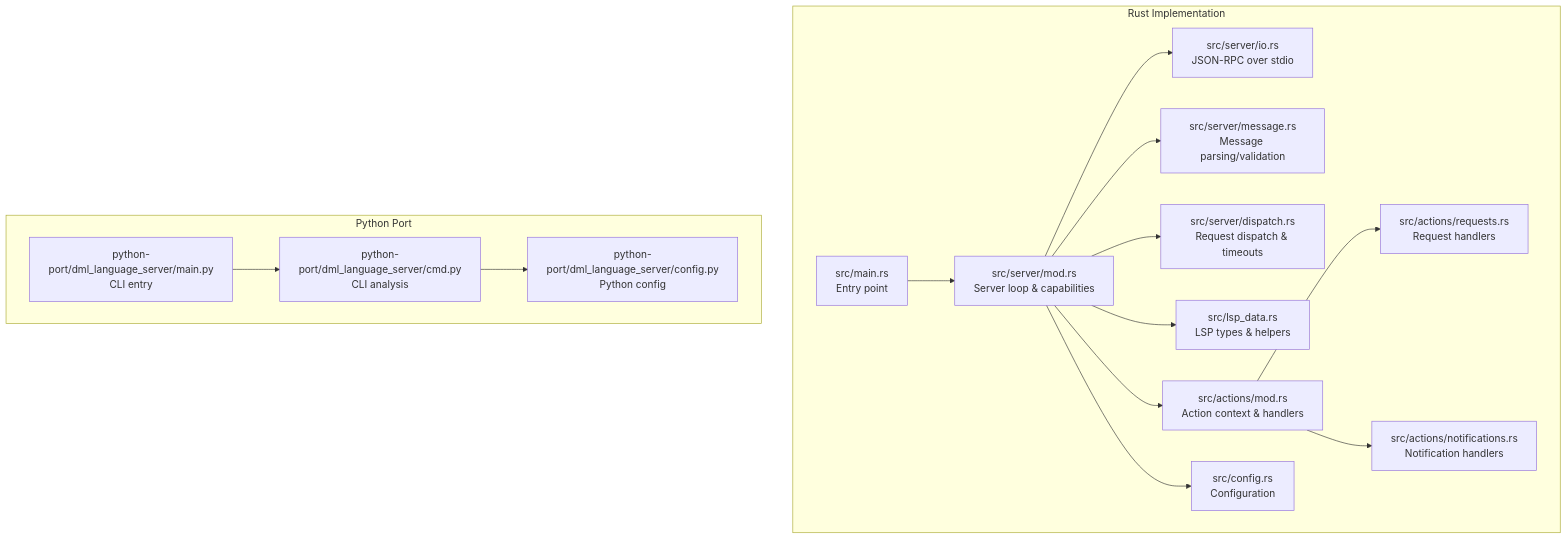
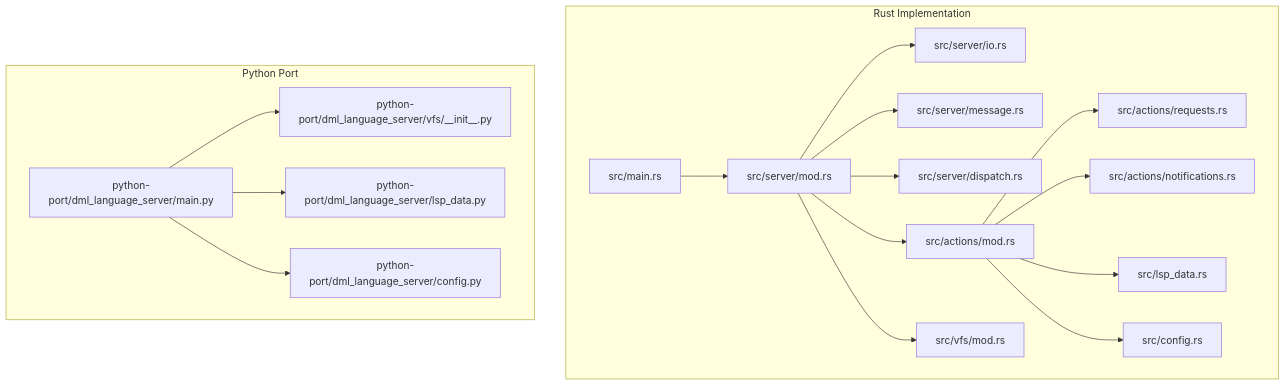
One commit to fenghaitao/dml-language-server changed the first of 9 diagrams in .qoder/repowiki/en/content/Language Server Protocol Implementation/Language Server Protocol Implementation.md. Above: the diagram before and after it, drawn with Mermaid. The commit also changed other lines of this file and 119 other files, not shown here.

First line of the commit message:
docs(api): add comprehensive API reference for DML Language Server

````diff
--- a/.qoder/repowiki/en/content/Language Server Protocol Implementation/Language Server Protocol Implementation.md
+++ b/.qoder/repowiki/en/content/Language Server Protocol Implementation/Language Server Protocol Implementation.md
@@ -42,31 +39,35 @@
 ```mermaid
 graph TB
 subgraph "Rust Implementation"
-A["src/main.rs<br/>Entry point"]
-B["src/server/mod.rs<br/>Server loop & capabilities"]
-C["src/server/io.rs<br/>JSON-RPC over stdio"]
-D["src/server/message.rs<br/>Message parsing/validation"]
-E["src/server/dispatch.rs<br/>Request dispatch & timeouts"]
-F["src/lsp_data.rs<br/>LSP types & helpers"]
-G["src/actions/mod.rs<br/>Action context & handlers"]
-H["src/actions/requests.rs<br/>Request handlers"]
-I["src/actions/notifications.rs<br/>Notification handlers"]
-J["src/config.rs<br/>Configuration"]
+RS_MAIN["src/main.rs"]
+RS_SERVER["src/server/mod.rs"]
+RS_IO["src/server/io.rs"]
+RS_MSG["src/server/message.rs"]
+RS_DISPATCH["src/server/dispatch.rs"]
+RS_ACTIONS["src/actions/mod.rs"]
+RS_REQ["src/actions/requests.rs"]
+RS_NOTIF["src/actions/notifications.rs"]
+RS_LSPDATA["src/lsp_data.rs"]
+RS_CONFIG["src/config.rs"]
+RS_VFS["src/vfs/mod.rs"]
 end
 subgraph "Python Port"
-P1["python-port/dml_language_server/main.py<br/>CLI entry"]
-P2["python-port/dml_language_server/cmd.py<br/>CLI analysis"]
-P3["python-port/dml_language_server/config.py<br/>Python config"]
+PY_MAIN["python-port/dml_language_server/main.py"]
+PY_LSPDATA["python-port/dml_language_server/lsp_data.py"]
+PY_VFS["python-port/dml_language_server/vfs/__init__.py"]
+PY_CONFIG["python-port/dml_language_server/config.py"]
 end
-A --> B
-B --> C
-B --> D
-B --> E
-B --> F
-B --> G
-G --> H
-G --> I
-B --> J
-P1 --> P2
-P2 --> P3
+RS_MAIN --> RS_SERVER
+RS_SERVER --> RS_IO
+RS_SERVER --> RS_MSG
+RS_SERVER --> RS_DISPATCH
+RS_SERVER --> RS_ACTIONS
+RS_ACTIONS --> RS_REQ
+RS_ACTIONS --> RS_NOTIF
+RS_ACTIONS --> RS_LSPDATA
+RS_ACTIONS --> RS_CONFIG
+RS_SERVER --> RS_VFS
+PY_MAIN --> PY_VFS
+PY_MAIN --> PY_LSPDATA
+PY_MAIN --> PY_CONFIG
 ```
````
